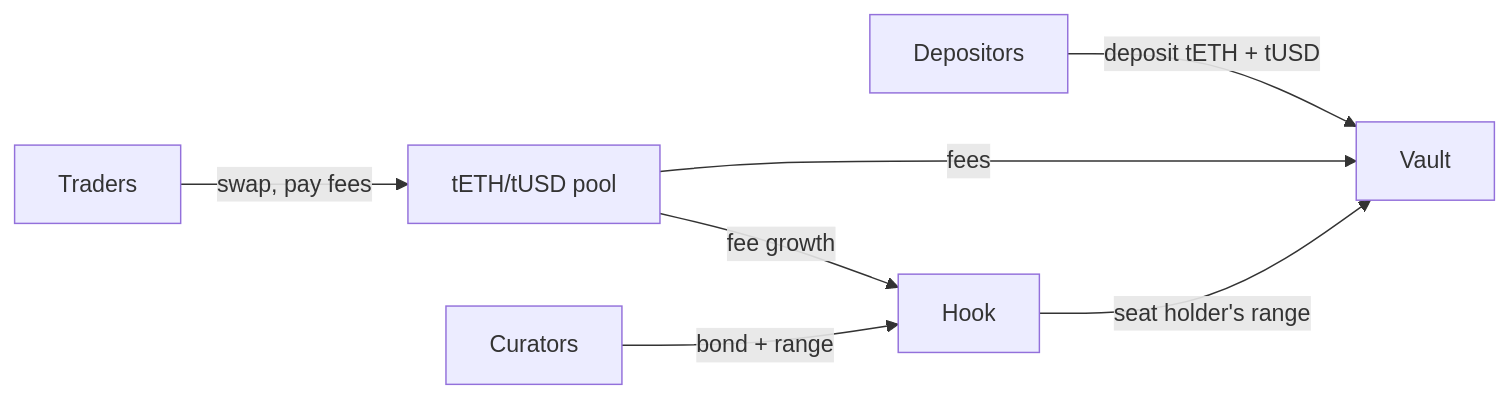
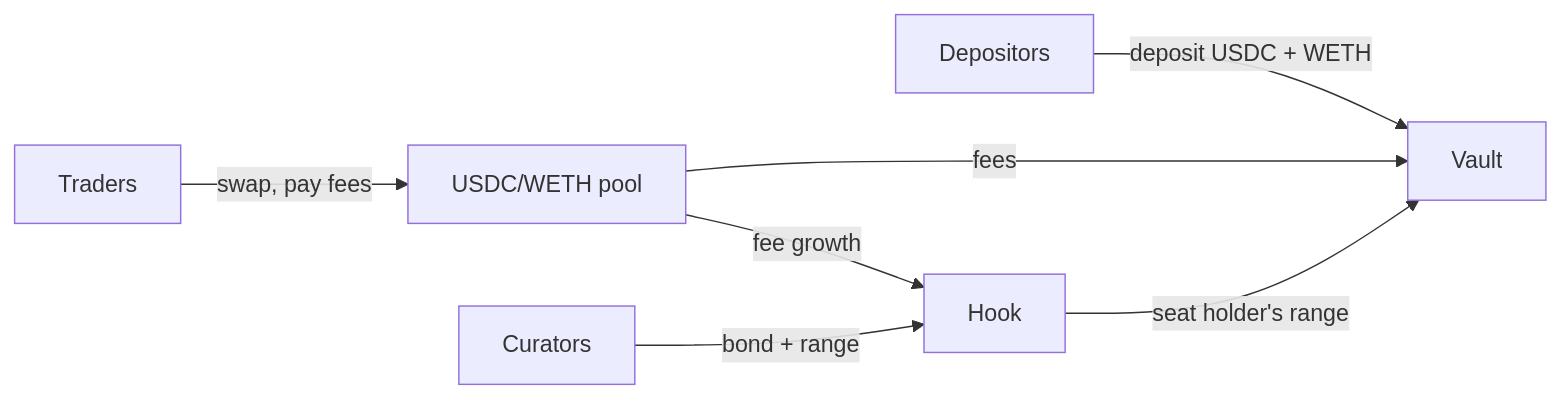
One commit to debojyoti10CC/oorka changed the diagram in docs-site/getting-started/user-guide.mdx. Above: the diagram before and after it, drawn with Mermaid. The commit also changed other lines of this file and 20 other files, not shown here.

First line of the commit message:
Docs, README, whitepaper: real USDC/WETH deployment, new addresses, market maker

````diff
--- a/docs-site/getting-started/user-guide.mdx
+++ b/docs-site/getting-started/user-guide.mdx
@@ -8,9 +8,9 @@
 ```mermaid
 flowchart LR
-    T["Traders"] -- "swap, pay fees" --> POOL["tETH/tUSD pool"]
-    D["Depositors"] -- "deposit tETH + tUSD" --> V["Vault"]
+    T["Traders"] -- "swap, pay fees" --> POOL["USDC/WETH pool"]
+    D["Depositors"] -- "deposit USDC + WETH" --> V["Vault"]
     C["Curators"] -- "bond + range" --> H["Hook"]
     POOL -- "fees" --> V
     POOL -- "fee growth" --> H
     H -- "seat holder's range" --> V
 ```
````
